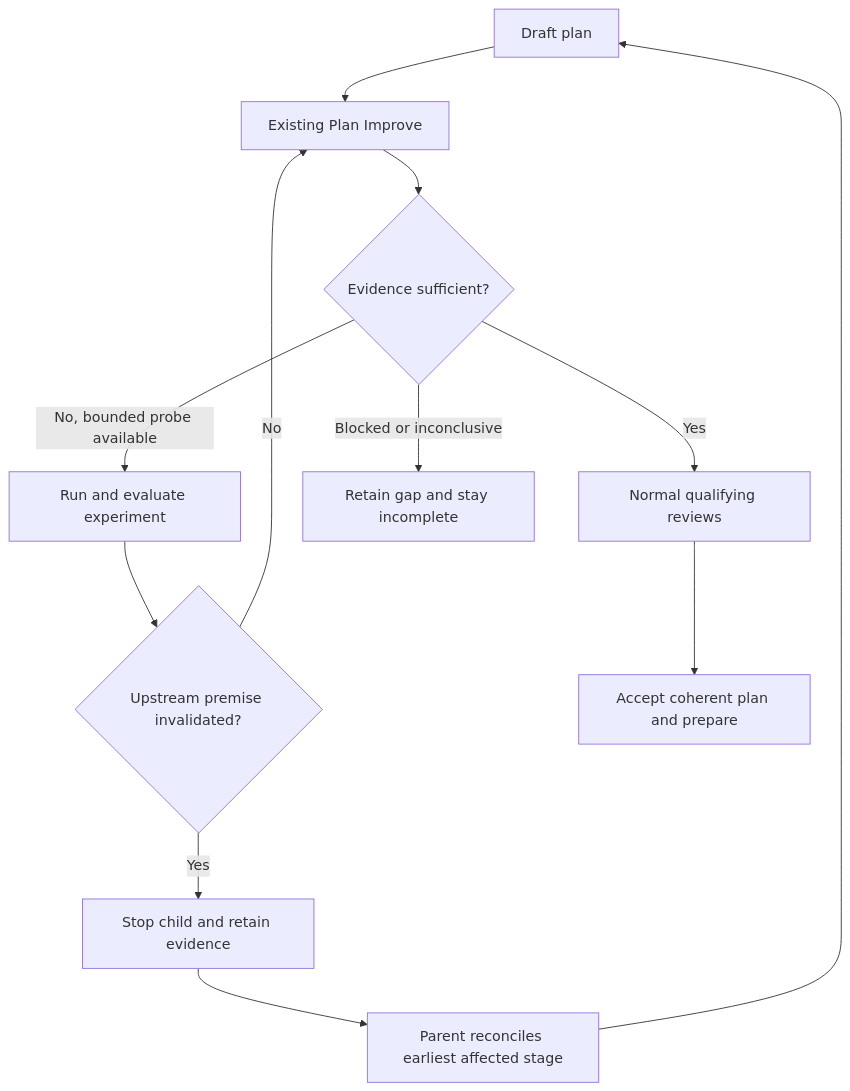
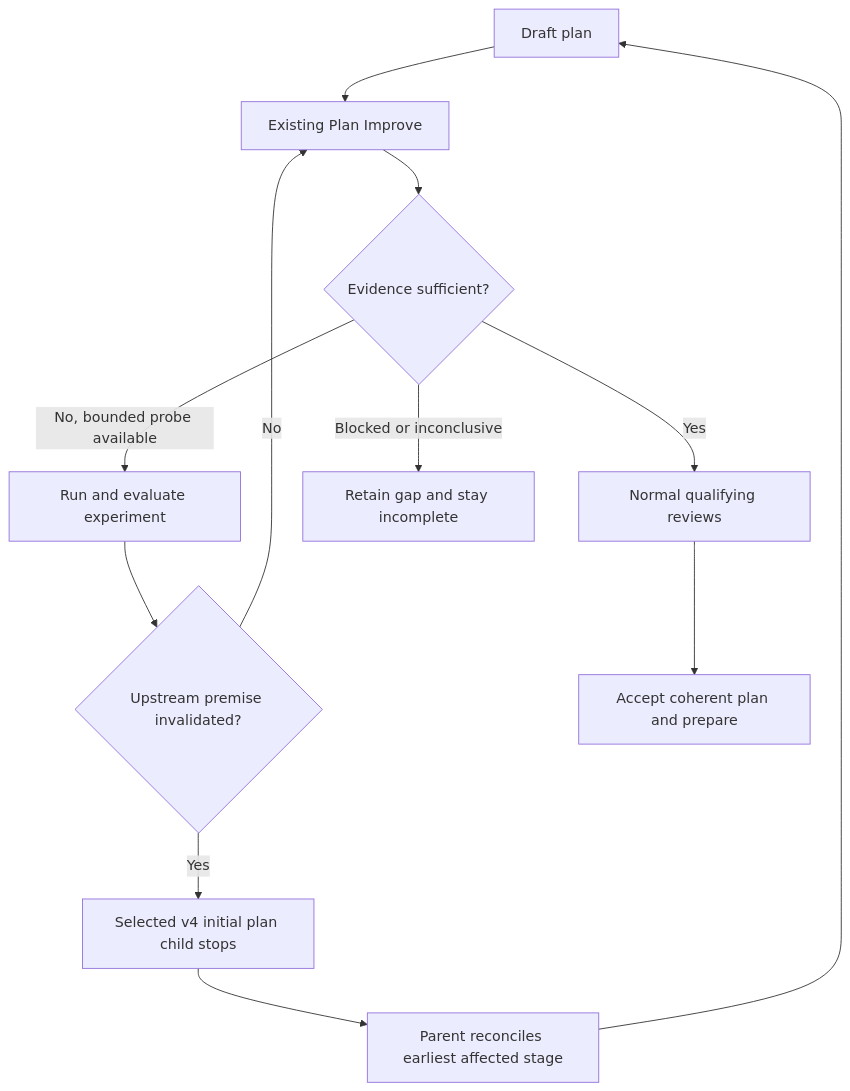
Before and after one commit to whichguy/skill-craft: the diagram in skills/shiploop/references/planning-experiments.md, drawn with Mermaid. The commit also changed other lines of this file and 27 other files, not shown here.

````diff
--- a/skills/shiploop/references/planning-experiments.md
+++ b/skills/shiploop/references/planning-experiments.md
@@ -13,14 +18,14 @@
 ```mermaid
 flowchart TD
     A[Draft plan] --> B[Existing Plan Improve]
     B --> C{Evidence sufficient?}
     C -->|No, bounded probe available| D[Run and evaluate experiment]
     D --> E{Upstream premise invalidated?}
     E -->|No| B
-    E -->|Yes| F[Stop child and retain evidence]
+    E -->|Yes| F[Selected v4 initial plan child stops]
     F --> G[Parent reconciles earliest affected stage]
     G --> A
     C -->|Yes| H[Normal qualifying reviews]
     C -->|Blocked or inconclusive| I[Retain gap and stay incomplete]
     H --> J[Accept coherent plan and prepare]
 ```
````
